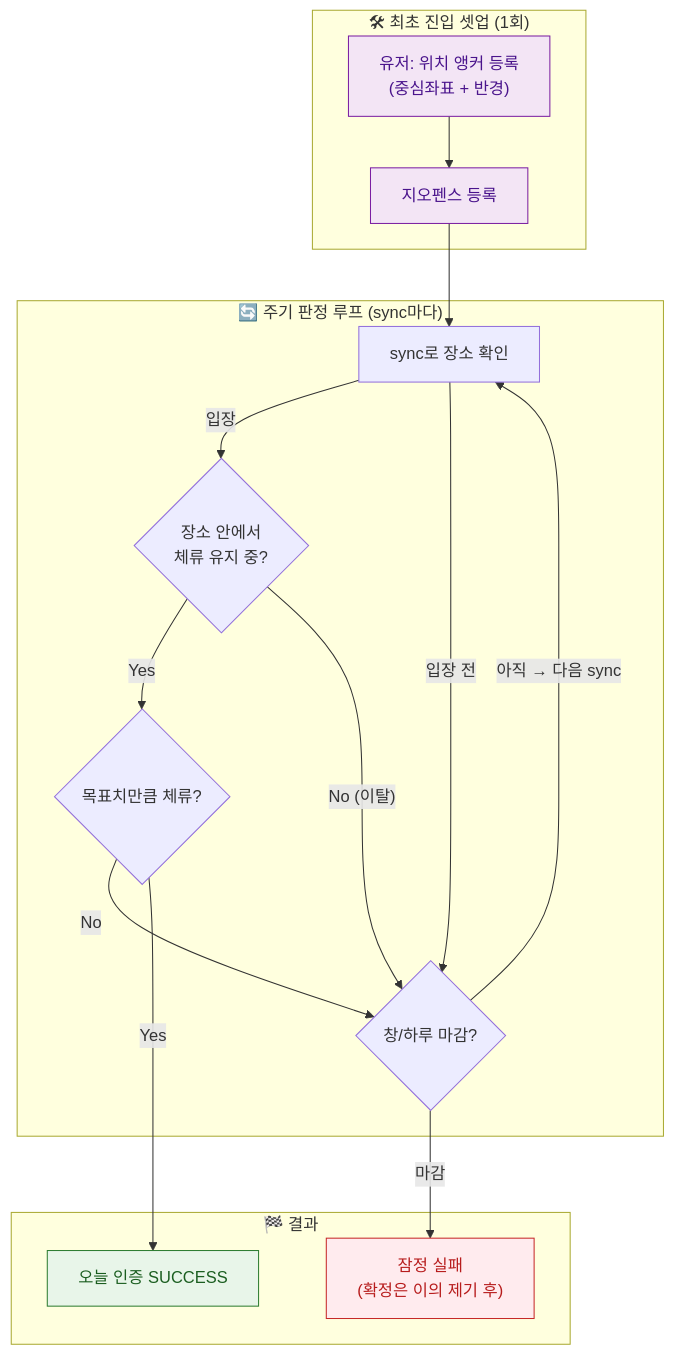
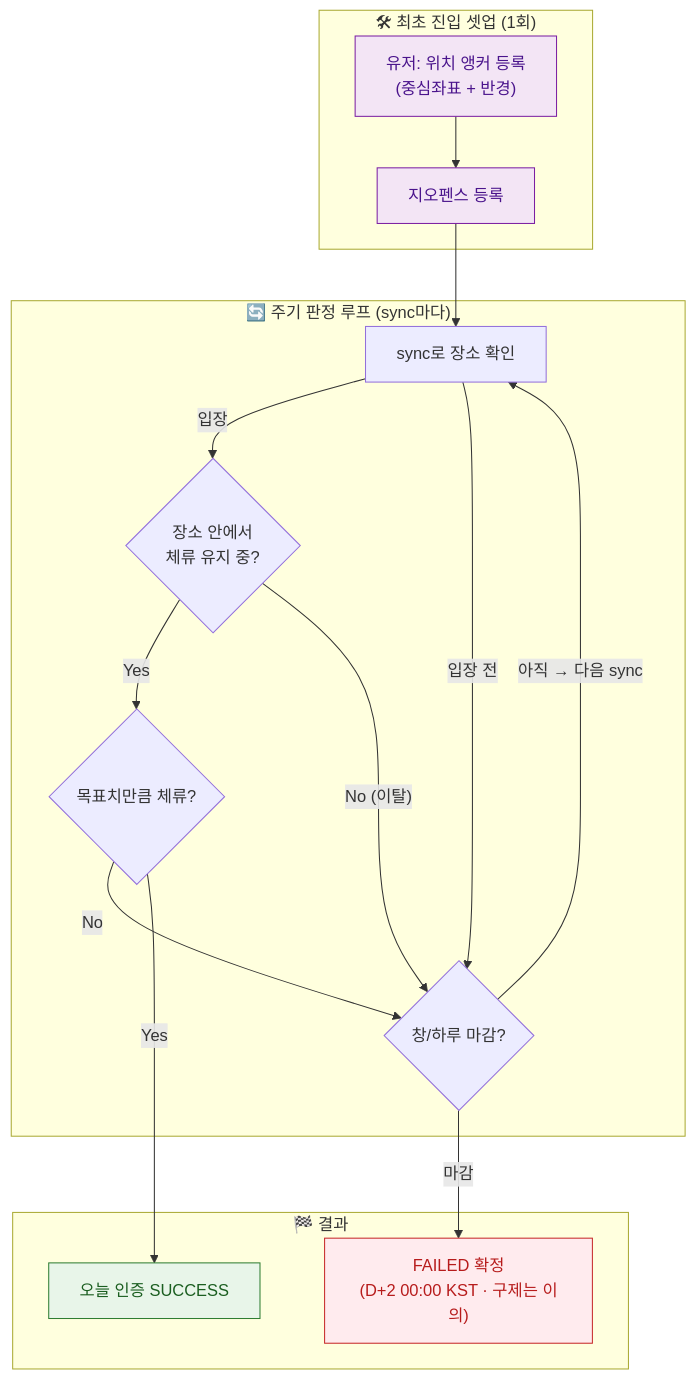
Before and after one commit to RuleUp-ASM/Backend: the fourth of 10 diagrams in docs/check/인증구현.md, drawn with Mermaid. The commit also changed other lines of this file and 7 other files, not shown here.

````diff
--- a/docs/check/인증구현.md
+++ b/docs/check/인증구현.md
@@ -240,35 +246,35 @@
 ```mermaid
 flowchart TD
     subgraph SETUP ["🛠 최초 진입 셋업 (1회)"]
         A["유저: 위치 앵커 등록<br/>(중심좌표 + 반경)"] --> B["지오펜스 등록"]
     end
 
     subgraph LOOP ["🔄 주기 판정 루프 (sync마다)"]
         C["sync로 장소 확인"]
         D{"장소 안에서<br/>체류 유지 중?"}
         G{"목표치만큼 체류?"}
         E{"창/하루 마감?"}
         C -->|입장| D
         C -->|입장 전| E
         D -->|"Yes"| G
         D -->|"No (이탈)"| E
         G -->|"No"| E
         E -->|"아직 → 다음 sync"| C
     end
 
     subgraph RESULT ["🏁 결과"]
         OK["오늘 인증 SUCCESS"]
-        F["잠정 실패<br/>(확정은 이의 제기 후)"]
+        F["FAILED 확정<br/>(D+2 00:00 KST · 구제는 이의)"]
     end
 
     B --> C
     G -->|"Yes"| OK
     E -->|마감| F
 
     classDef setup fill:#F3E5F5,stroke:#7B1FA2,color:#4A148C;
     classDef ok fill:#E8F5E9,stroke:#2E7D32,color:#1B5E20;
     classDef fail fill:#FFEBEE,stroke:#C62828,color:#B71C1C;
     class A,B setup;
     class OK ok;
     class F fail;
 ```
````
